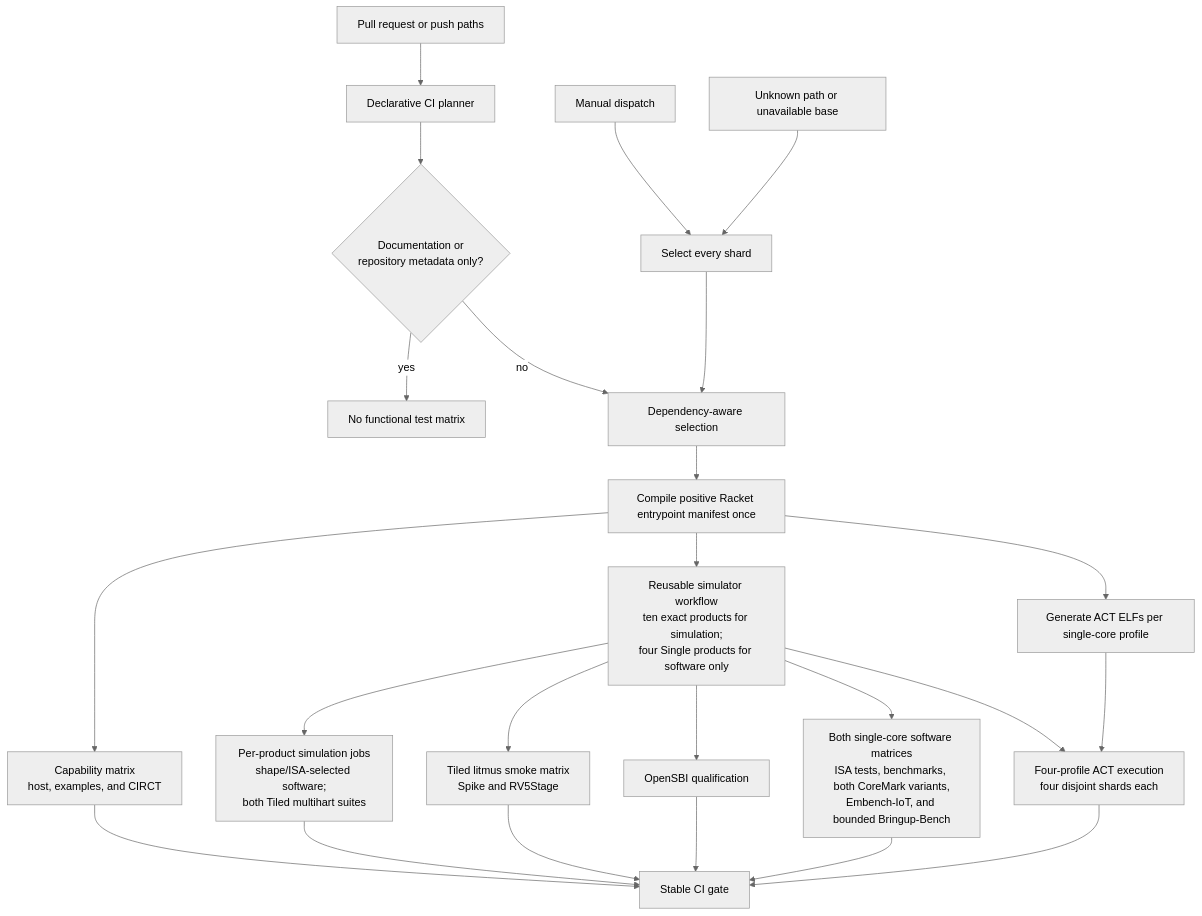
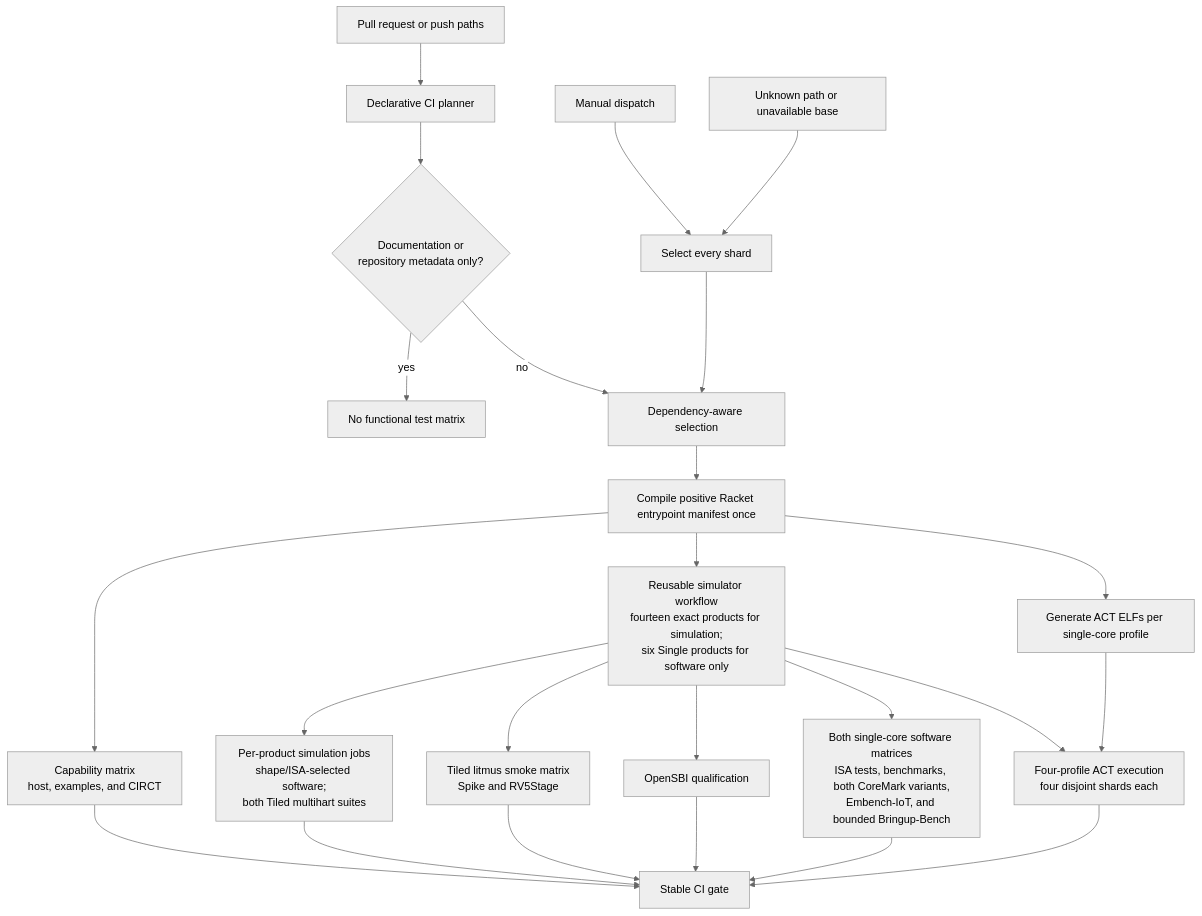
The diagram in tools/testing/DEVELOPING.md (jerryz123/rhodium), drawn with Mermaid (neutral theme) before and after one commit. The commit also changed other lines of this file and 29 other files, not shown here.

````diff
--- a/tools/testing/DEVELOPING.md
+++ b/tools/testing/DEVELOPING.md
@@ -90,26 +90,26 @@
 ```mermaid
 flowchart TD
     Changes["Pull request or push paths"] --> Classifier["Declarative CI planner"]
     Manual["Manual dispatch"] --> All["Select every shard"]
     Unknown["Unknown path or unavailable base"] --> All
     Classifier --> Docs{"Documentation or<br/>repository metadata only?"}
     Docs -->|yes| None["No functional test matrix"]
     Docs -->|no| Selected["Dependency-aware selection"]
     All --> Selected
     Selected --> Compile["Compile positive Racket entrypoint manifest once"]
     Compile --> Checks["Capability matrix<br/>host, examples, and CIRCT"]
-    Compile --> Simulators["Reusable simulator workflow<br/>ten exact products for simulation;<br/>four Single products for software only"]
+    Compile --> Simulators["Reusable simulator workflow<br/>fourteen exact products for simulation;<br/>six Single products for software only"]
     Simulators --> Simulation["Per-product simulation jobs<br/>shape/ISA-selected software;<br/>both Tiled multihart suites"]
     Simulators --> LitmusSmoke["Tiled litmus smoke matrix<br/>Spike and RV5Stage"]
     Simulators --> Qualification["OpenSBI qualification"]
     Simulators --> Programs["Both single-core software matrices<br/>ISA tests, benchmarks, both CoreMark variants,<br/>Embench-IoT, and bounded Bringup-Bench"]
     Compile --> ActBuild["Generate ACT ELFs per single-core profile"]
     Simulators --> ActRun["Four-profile ACT execution<br/>four disjoint shards each"]
     ActBuild --> ActRun
     Checks --> Gate["Stable CI gate"]
     Simulation --> Gate
     LitmusSmoke --> Gate
     Qualification --> Gate
     Programs --> Gate
     ActRun --> Gate
 ```
````
